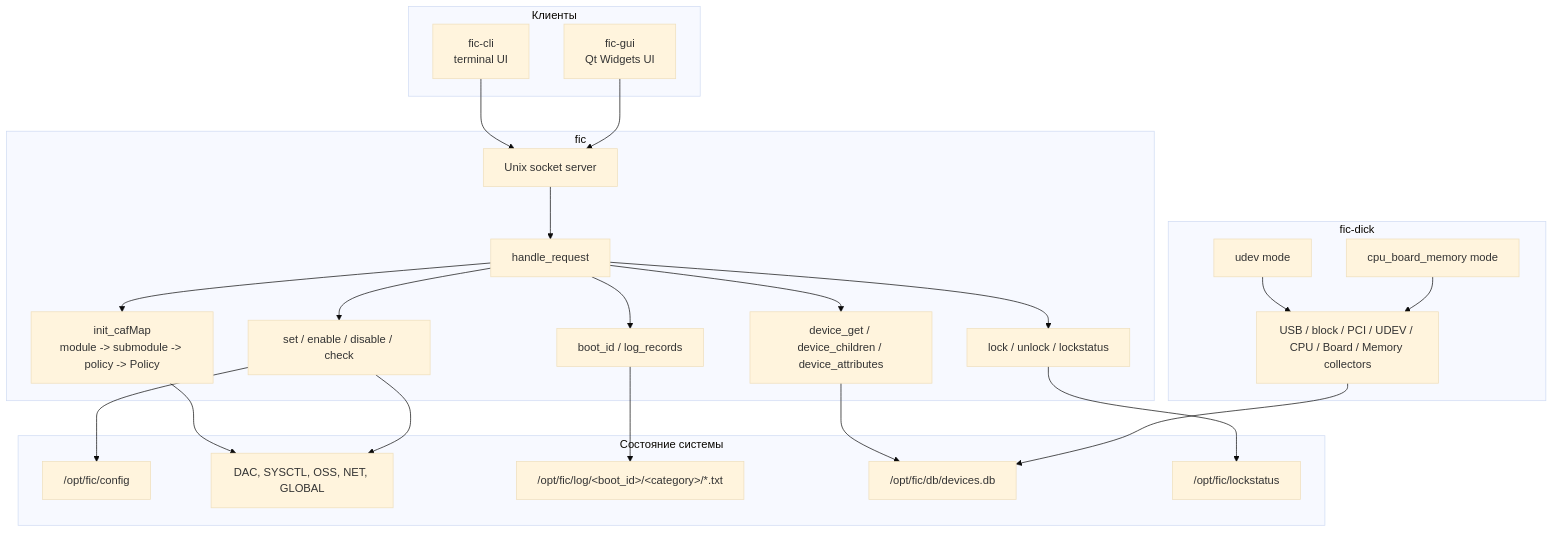
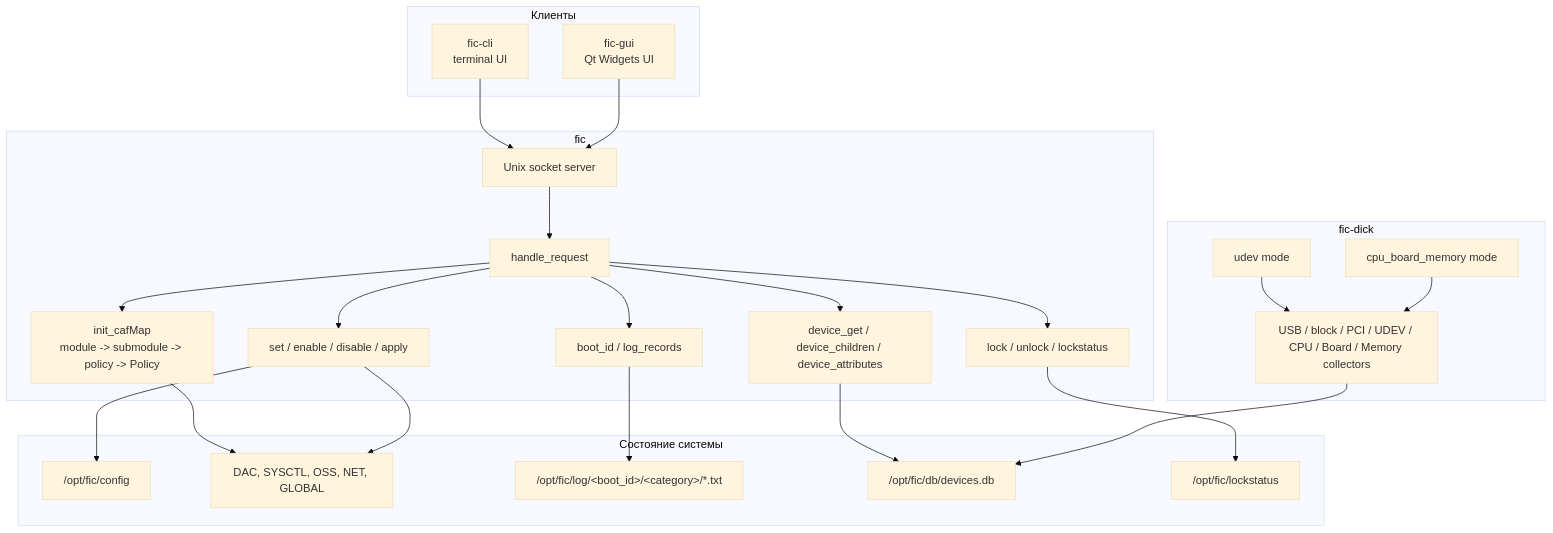
One commit to RevoltStar/FIC changed the second of 10 diagrams in docs/architecture-diagrams.md. Above: the diagram before and after it, drawn with Mermaid (base theme). The commit also changed other lines of this file and 7 other files, not shown here.

````diff
--- a/docs/architecture-diagrams.md
+++ b/docs/architecture-diagrams.md
@@ -36,51 +36,51 @@
 ```mermaid
 flowchart TB
     subgraph Clients[Клиенты]
         cli["fic-cli<br/>terminal UI"]
         gui["fic-gui<br/>Qt Widgets UI"]
     end
 
     subgraph Daemon[fic]
         ipcServer[Unix socket server]
         requestRouter[handle_request]
         cafMap["init_cafMap<br/>module -> submodule -> policy -> Policy"]
-        policyOps[set / enable / disable / check]
+        policyOps[set / enable / disable / apply]
         deviceApi[device_get / device_children / device_attributes]
         logApi[boot_id / log_records]
         lockApi[lock / unlock / lockstatus]
     end
 
     subgraph CoreStorage[Состояние системы]
         config["/opt/fic/config"]
         modules[DAC, SYSCTL, OSS, NET, GLOBAL]
         logs["/opt/fic/log/&lt;boot_id&gt;/&lt;category&gt;/*.txt"]
         db["/opt/fic/db/devices.db"]
         lockstatus["/opt/fic/lockstatus"]
     end
 
     subgraph Collectors[fic-dick]
         udevMode[udev mode]
         staticMode[cpu_board_memory mode]
         collectors[USB / block / PCI / UDEV / CPU / Board / Memory collectors]
     end
 
     cli --> ipcServer
     gui --> ipcServer
     ipcServer --> requestRouter
     requestRouter --> cafMap
     requestRouter --> policyOps
     requestRouter --> deviceApi
     requestRouter --> logApi
     requestRouter --> lockApi
 
     cafMap --> modules
     policyOps --> config
     policyOps --> modules
     logApi --> logs
     deviceApi --> db
     lockApi --> lockstatus
 
     udevMode --> collectors
     staticMode --> collectors
     collectors --> db
 ```
````
